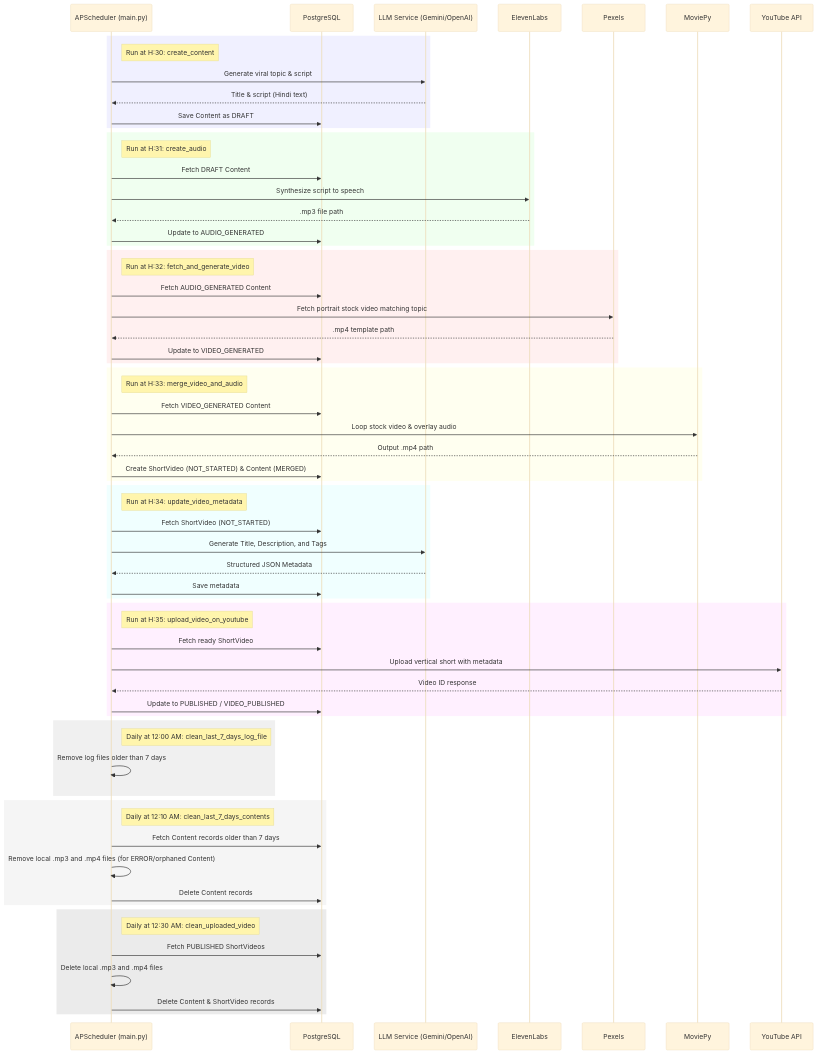
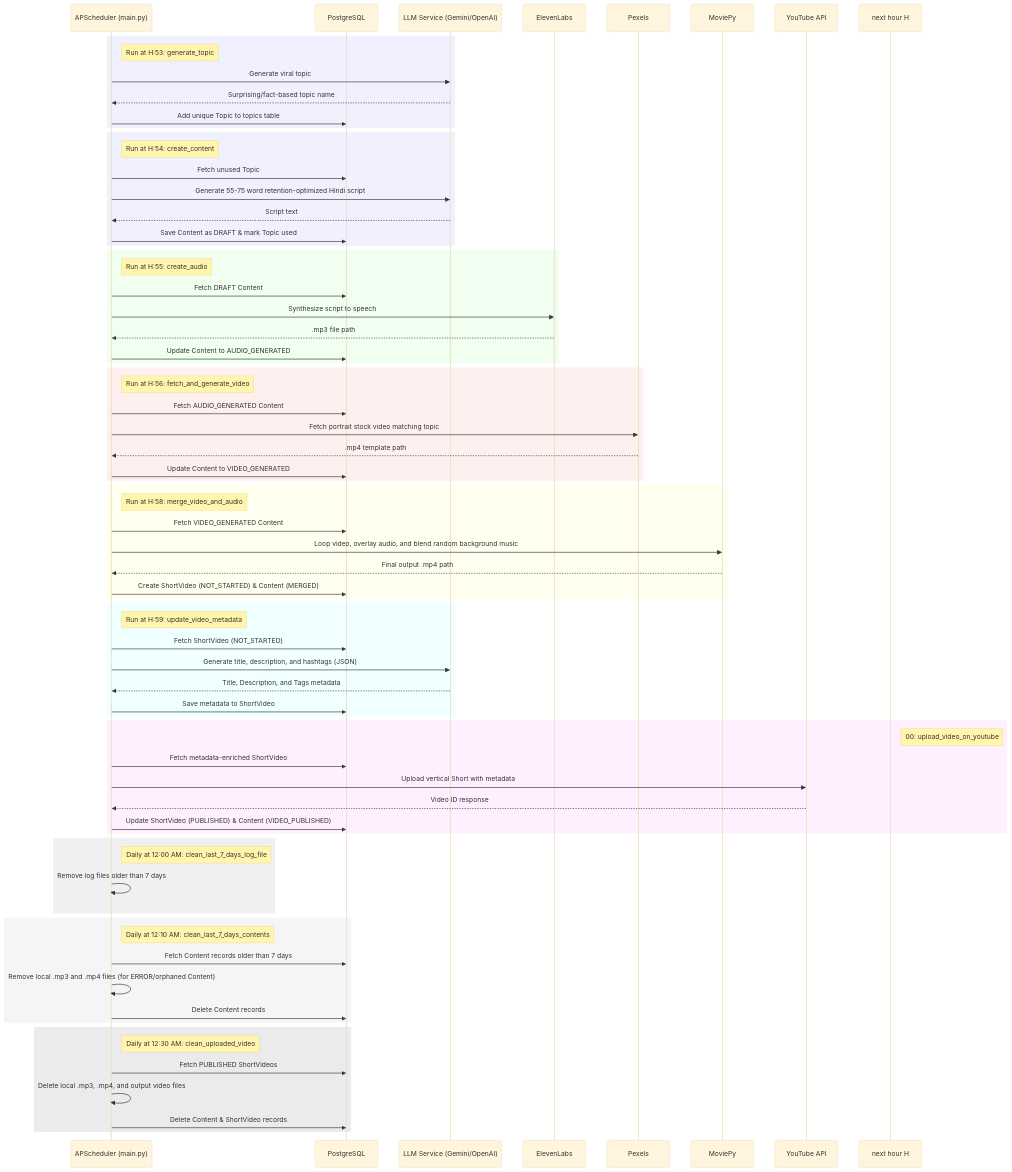
Before and after one commit to indvx/dg_shorts_ai: the second of 2 diagrams in README.md, drawn with Mermaid (base theme). The commit also changed other lines of this file, not shown here.

Commit message:
feat: implement topic tracking, background music integration, and refactored generation pipeline in README

````diff
--- a/README.md
+++ b/README.md
@@ -344,50 +366,58 @@
     participant YT as YouTube API
     
     rect rgb(240, 240, 255)
-    note right of S: Run at H:30: create_content
-    S->>LLM: Generate viral topic & script
-    LLM-->>S: Title & script (Hindi text)
-    S->>DB: Save Content as DRAFT
+    note right of S: Run at H:53: generate_topic
+    S->>LLM: Generate viral topic
+    LLM-->>S: Surprising/fact-based topic name
+    S->>DB: Add unique Topic to topics table
+    end
+
+    rect rgb(240, 240, 255)
+    note right of S: Run at H:54: create_content
+    S->>DB: Fetch unused Topic
+    S->>LLM: Generate 55-75 word retention-optimized Hindi script
+    LLM-->>S: Script text
+    S->>DB: Save Content as DRAFT & mark Topic used
     end
 
     rect rgb(240, 255, 240)
-    note right of S: Run at H:31: create_audio
+    note right of S: Run at H:55: create_audio
     S->>DB: Fetch DRAFT Content
     S->>EL: Synthesize script to speech
     EL-->>S: .mp3 file path
-    S->>DB: Update to AUDIO_GENERATED
+    S->>DB: Update Content to AUDIO_GENERATED
     end
 
     rect rgb(255, 240, 240)
-    note right of S: Run at H:32: fetch_and_generate_video
+    note right of S: Run at H:56: fetch_and_generate_video
     S->>DB: Fetch AUDIO_GENERATED Content
     S->>P: Fetch portrait stock video matching topic
     P-->>S: .mp4 template path
-    S->>DB: Update to VIDEO_GENERATED
+    S->>DB: Update Content to VIDEO_GENERATED
     end
 
     rect rgb(255, 255, 240)
-    note right of S: Run at H:33: merge_video_and_audio
+    note right of S: Run at H:58: merge_video_and_audio
     S->>DB: Fetch VIDEO_GENERATED Content
-    S->>MV: Loop stock video & overlay audio
-    MV-->>S: Output .mp4 path
+    S->>MV: Loop video, overlay audio, and blend random background music
+    MV-->>S: Final output .mp4 path
     S->>DB: Create ShortVideo (NOT_STARTED) & Content (MERGED)
     end
 
     rect rgb(240, 255, 255)
-    note right of S: Run at H:34: update_video_metadata
+    note right of S: Run at H:59: update_video_metadata
     S->>DB: Fetch ShortVideo (NOT_STARTED)
-    S->>LLM: Generate Title, Description, and Tags
-    LLM-->>S: Structured JSON Metadata
-    S->>DB: Save metadata
+    S->>LLM: Generate title, description, and hashtags (JSON)
+    LLM-->>S: Title, Description, and Tags metadata
+    S->>DB: Save metadata to ShortVideo
     end
 
     rect rgb(255, 240, 255)
-    note right of S: Run at H:35: upload_video_on_youtube
-    S->>DB: Fetch ready ShortVideo
-    S->>YT: Upload vertical short with metadata
+    note right of next hour H:00: upload_video_on_youtube
+    S->>DB: Fetch metadata-enriched ShortVideo
+    S->>YT: Upload vertical Short with metadata
     YT-->>S: Video ID response
-    S->>DB: Update to PUBLISHED / VIDEO_PUBLISHED
+    S->>DB: Update ShortVideo (PUBLISHED) & Content (VIDEO_PUBLISHED)
     end
 
     rect rgb(240, 240, 240)
@@ -405,7 +435,7 @@
     rect rgb(235, 235, 235)
     note right of S: Daily at 12:30 AM: clean_uploaded_video
     S->>DB: Fetch PUBLISHED ShortVideos
-    S->>S: Delete local .mp3 and .mp4 files
+    S->>S: Delete local .mp3, .mp4, and output video files
     S->>DB: Delete Content & ShortVideo records
     end
 ```
````
